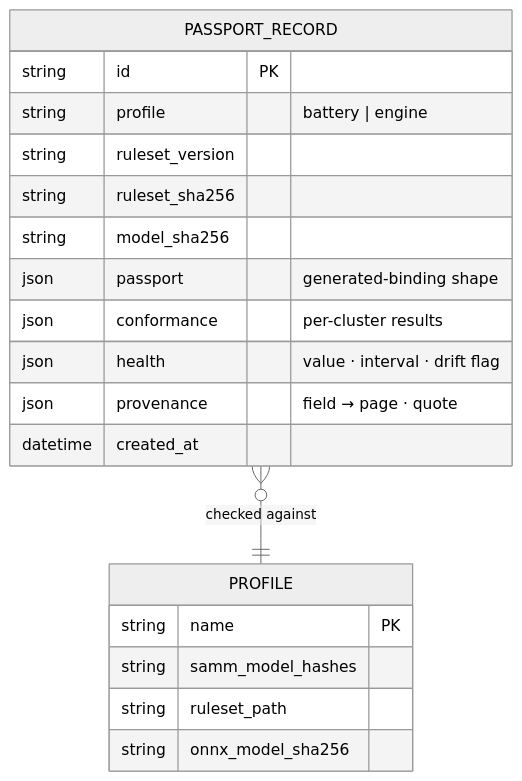
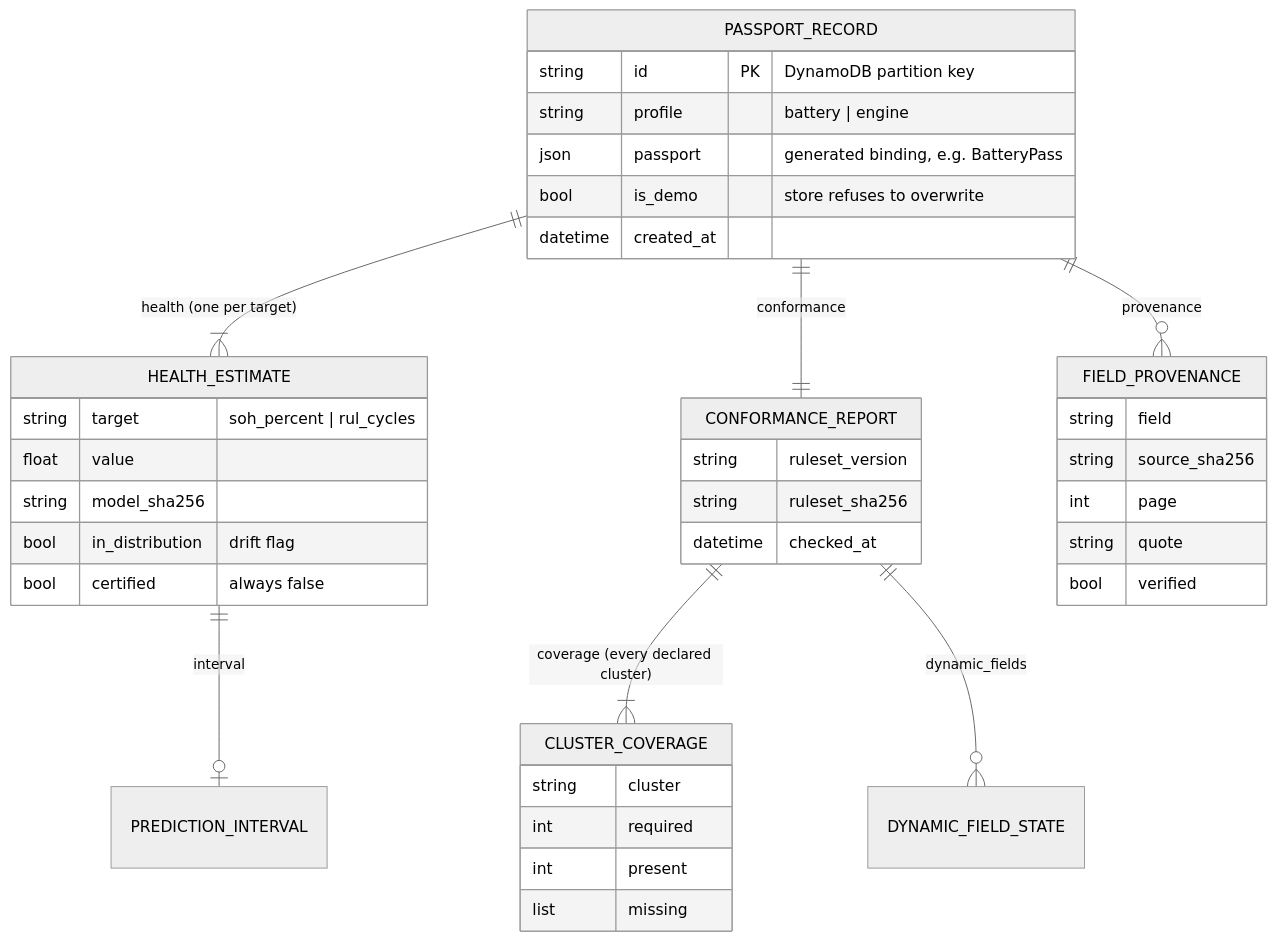
Before and after one commit to harshal0001/batteriepass: the second of 2 diagrams in docs/ARCHITECTURE.md, drawn with Mermaid (neutral theme). The commit also changed other lines of this file and 11 other files, not shown here.

Commit message:
Judge a passport against its rule set, cluster by cluster (#6)

````diff
--- a/docs/ARCHITECTURE.md
+++ b/docs/ARCHITECTURE.md
@@ -82,22 +86,41 @@
 ```mermaid
 erDiagram
+    PASSPORT_RECORD ||--|{ HEALTH_ESTIMATE : "health (one per target)"
+    PASSPORT_RECORD ||--|| CONFORMANCE_REPORT : conformance
+    PASSPORT_RECORD ||--o{ FIELD_PROVENANCE : provenance
+    CONFORMANCE_REPORT ||--|{ CLUSTER_COVERAGE : "coverage (every declared cluster)"
+    CONFORMANCE_REPORT ||--o{ DYNAMIC_FIELD_STATE : dynamic_fields
+    HEALTH_ESTIMATE ||--o| PREDICTION_INTERVAL : interval
     PASSPORT_RECORD {
-        string id PK
+        string id PK "DynamoDB partition key"
         string profile "battery | engine"
+        json passport "generated binding, e.g. BatteryPass"
+        bool is_demo "store refuses to overwrite"
+        datetime created_at
+    }
+    HEALTH_ESTIMATE {
+        string target "soh_percent | rul_cycles"
+        float value
+        string model_sha256
+        bool in_distribution "drift flag"
+        bool certified "always false"
+    }
+    CONFORMANCE_REPORT {
         string ruleset_version
         string ruleset_sha256
-        string model_sha256
-        json   passport "generated-binding shape"
-        json   conformance "per-cluster results"
-        json   health "value · interval · drift flag"
-        json   provenance "field → page · quote"
-        datetime created_at
+        datetime checked_at
     }
-    PASSPORT_RECORD }o--|| PROFILE : "checked against"
-    PROFILE {
-        string name PK
-        string samm_model_hashes
-        string ruleset_path
-        string onnx_model_sha256
+    CLUSTER_COVERAGE {
+        string cluster
+        int required
+        int present
+        list missing
+    }
+    FIELD_PROVENANCE {
+        string field
+        string source_sha256
+        int page
+        string quote
+        bool verified
     }
 ```
````
